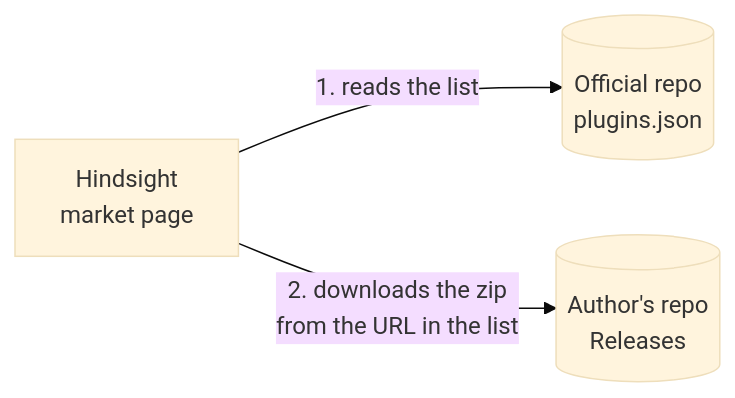
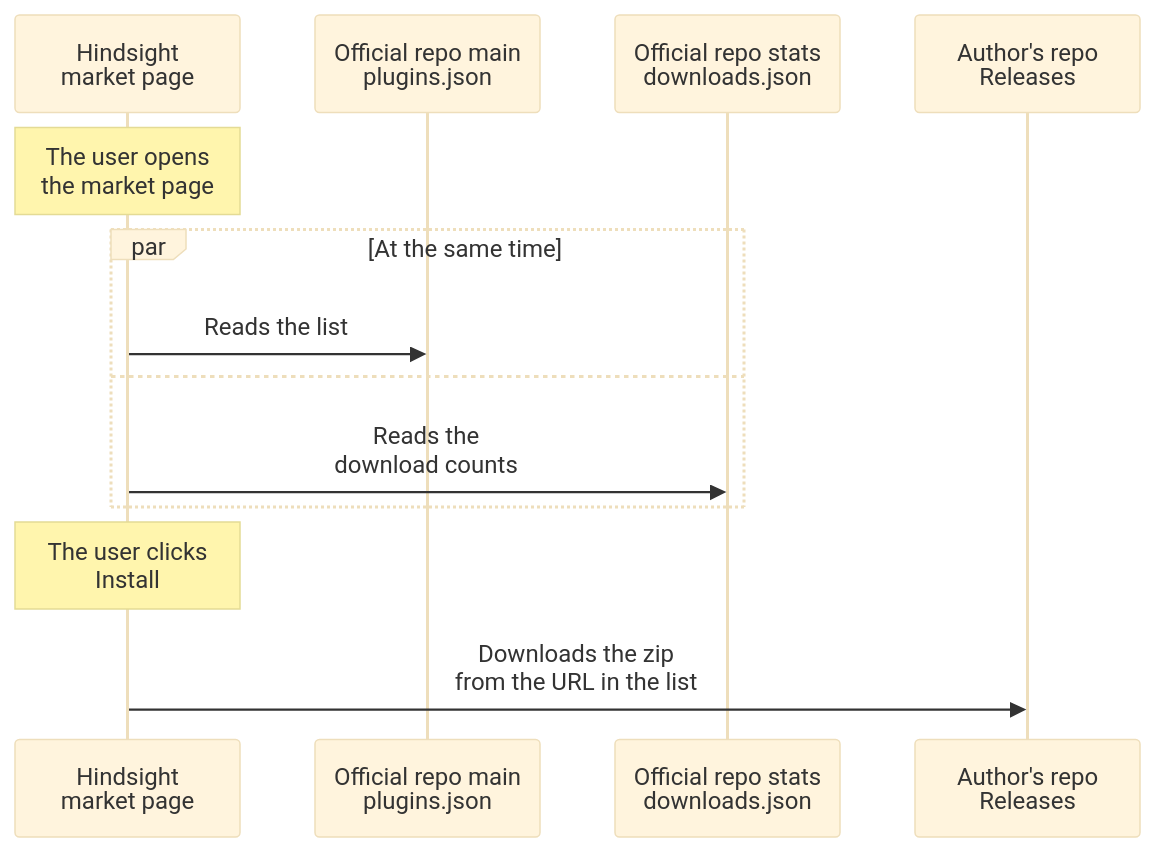
One commit to Tomotsugu-dev/Hindsight changed the second of 2 diagrams in docs/design/plugins/en/market.md. Above: the diagram before and after it, drawn with Mermaid (base theme). The commit also changed other lines of this file and 1 other file, not shown here.

First line of the commit message:
docs(plugins): describe download counts, search and the official filter

````diff
--- a/docs/design/plugins/en/market.md
+++ b/docs/design/plugins/en/market.md
@@ -22,5 +23,15 @@
 ```mermaid
-flowchart LR
-  MKT["Hindsight<br/>market page"] -->|"1. reads the list"| IDX[("Official repo<br/>plugins.json")]
-  MKT -->|"2. downloads the zip<br/>from the URL in the list"| REL[("Author's repo<br/>Releases")]
+sequenceDiagram
+  participant H as Hindsight<br/>market page
+  participant I as Official repo main<br/>plugins.json
+  participant S as Official repo stats<br/>downloads.json
+  participant R as Author's repo<br/>Releases
+  Note over H: The user opens<br/>the market page
+  par At the same time
+    H->>I: Reads the list
+  and
+    H->>S: Reads the<br/>download counts
+  end
+  Note over H: The user clicks<br/>Install
+  H->>R: Downloads the zip<br/>from the URL in the list
 ```
````
